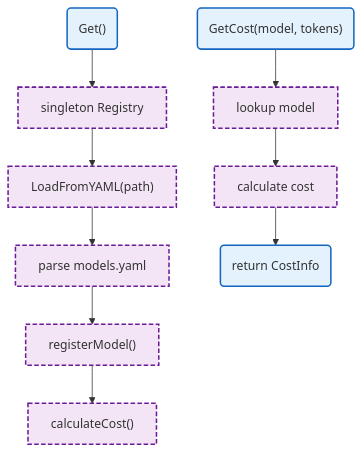
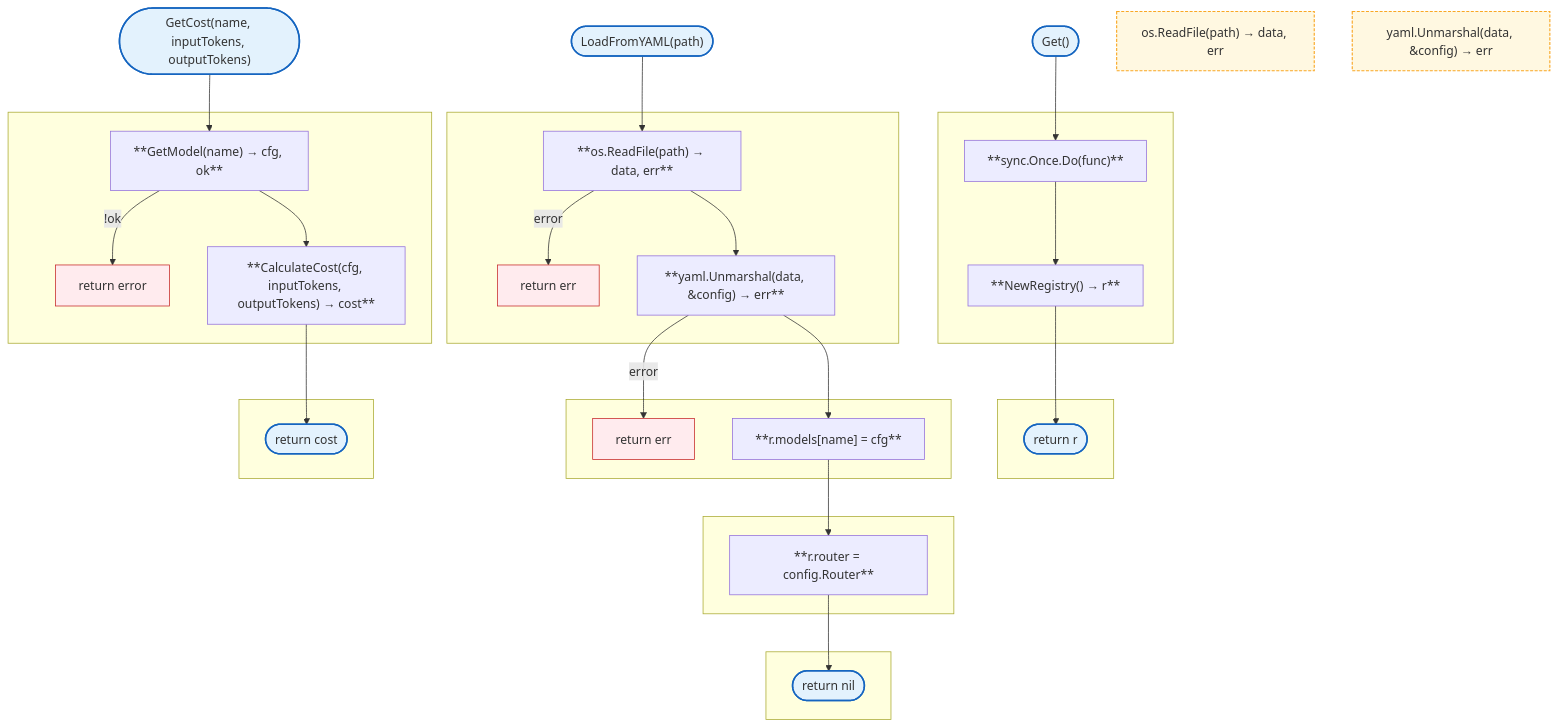
One commit to radch-ai/ava changed the diagram in docs/internal/llm-proxy/models.md. Above: the diagram before and after it, drawn with Mermaid. The commit also changed other lines of this file and 24 other files, not shown here.

````diff
--- a/docs/internal/llm-proxy/models.md
+++ b/docs/internal/llm-proxy/models.md
@@ -7,18 +7,65 @@
 ```mermaid
 flowchart TB
-    Start("Get()") --> Registry["singleton Registry"]
-    Registry --> LoadYAML["LoadFromYAML(path)"]
-    LoadYAML --> Parse["parse models.yaml"]
-    Parse --> Register["registerModel()"]
-    Register --> CalcCost["calculateCost()"]
+    StartGet(["Get()"]) --> HOnce
 
-    Request("GetCost(model, tokens)") --> Lookup["lookup model"]
-    Lookup --> Cost["calculate cost"]
-    Cost --> Return("return CostInfo")
+    subgraph SGOnce [" "]
+        HOnce["**sync.Once.Do(func)**"]
+        HOnce --> HNewRegistry
+    end
+
+    subgraph SGNewRegistry [" "]
+        HNewRegistry["**NewRegistry() → r**"]
+        HNewRegistry --> DoneGet(["return r"])
+    end
+
+    StartLoad(["LoadFromYAML(path)"]) --> HReadFile
+
+    subgraph SGReadFile [" "]
+        HReadFile["**os.ReadFile(path) → data, err**"]
+        HReadFile -->|error| E1["return err"]
+        HReadFile --> HUnmarshal
+    end
+
+    subgraph SGUnmarshal [" "]
+        HUnmarshal["**yaml.Unmarshal(data, &config) → err**"]
+        HUnmarshal -->|error| E2["return err"]
+        HUnmarshal --> HStoreModels
+    end
+
+    subgraph SGStoreModels [" "]
+        HStoreModels["**r.models[name] = cfg**"]
+        HStoreModels --> HStoreRouter
+    end
+
+    subgraph SGStoreRouter [" "]
+        HStoreRouter["**r.router = config.Router**"]
+        HStoreRouter --> DoneLoad(["return nil"])
+    end
+
+    StartCost(["GetCost(name, inputTokens, outputTokens)"]) --> HGetModel
+
+    subgraph SGGetModel [" "]
+        HGetModel["**GetModel(name) → cfg, ok**"]
+        HGetModel -->|!ok| E3["return error"]
+        HGetModel --> HCalculate
+    end
+
+    subgraph SGCalculate [" "]
+        HCalculate["**CalculateCost(cfg, inputTokens, outputTokens) → cost**"]
+        HCalculate --> DoneCost(["return cost"])
+    end
+
+    ReadFile["os.ReadFile(path) → data, err"]
+    Unmarshal["yaml.Unmarshal(data, &config) → err"]
+
+    click ReadFile href "https://pkg.go.dev/os#ReadFile"
+    click Unmarshal href "https://pkg.go.dev/gopkg.in/yaml.v3#Unmarshal"
 
     classDef mainFn fill:#e3f2fd,stroke:#1565c0,stroke-width:2px
-    classDef internalFn fill:#f3e5f5,stroke:#6a1b9a,stroke-width:2px,stroke-dasharray:6 3
+    classDef localPkgs fill:#fff8e1,stroke:#f9a825,stroke-width:1.5px,stroke-dasharray:4 2
+    classDef errorFlow fill:#ffebee,stroke:#c62828,stroke-width:1px
 
-    class Start,Request,Return mainFn
-    class Registry,LoadYAML,Parse,Register,CalcCost,Lookup,Cost internalFn
+    class StartGet,DoneGet,StartLoad,DoneLoad,StartCost,DoneCost mainFn
+    class ReadFile,Unmarshal localPkgs
+    class E1,E2,E3 errorFlow
 ```
````
